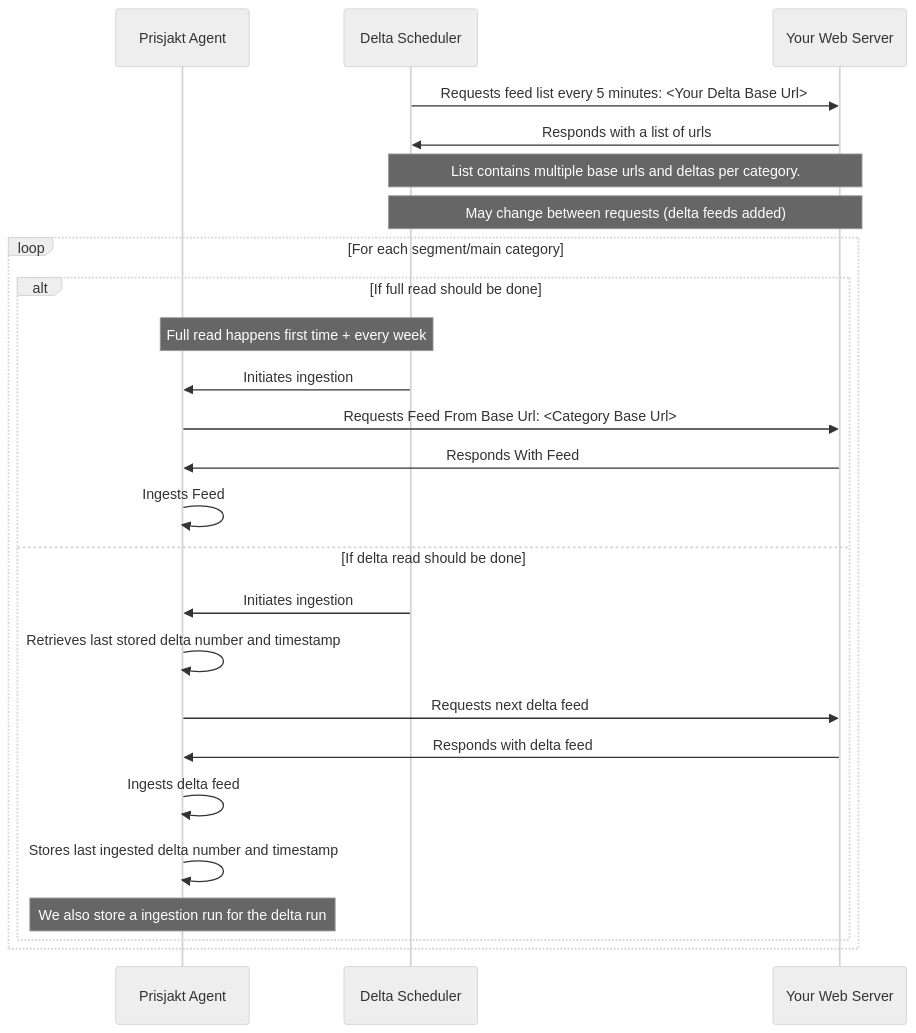
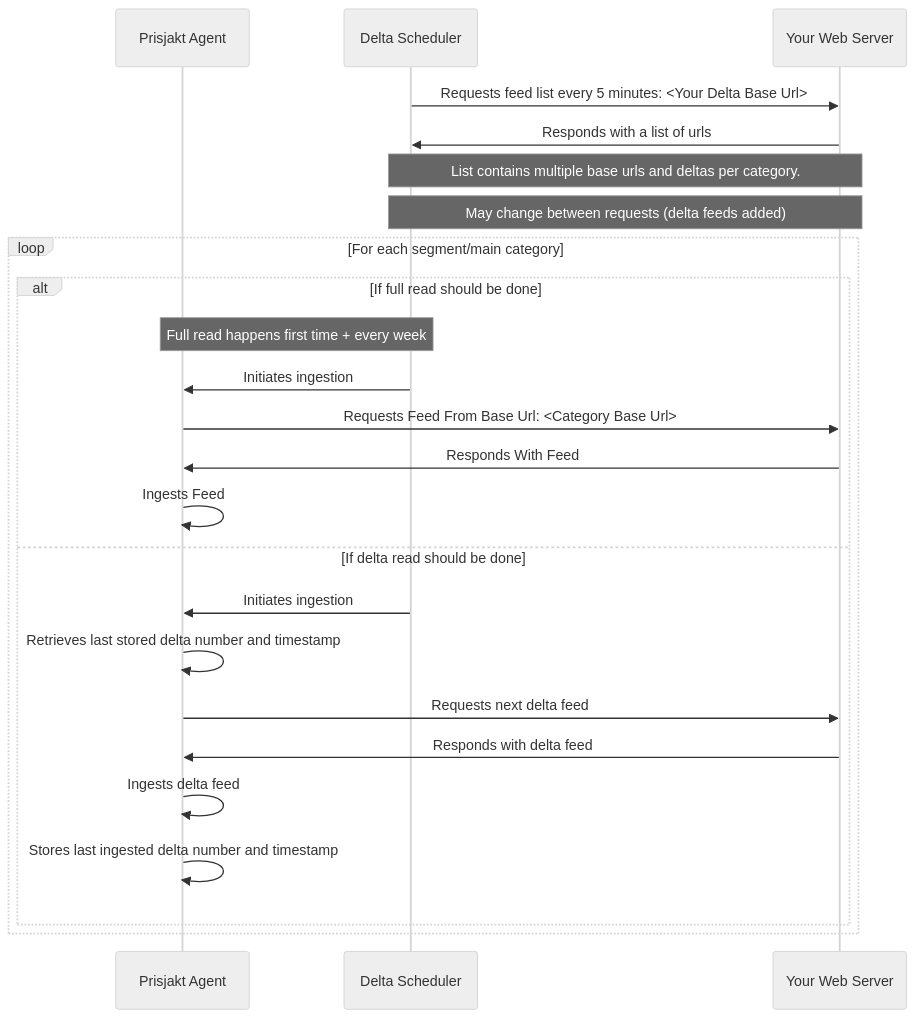
Before and after one commit to Prisjakt/feed-specification: the diagram in docs/types-of-feeds/pull/delta-feeds.md, drawn with Mermaid. The commit also changed other lines of this file and 9 other files, not shown here.

````diff
--- a/docs/types-of-feeds/pull/delta-feeds.md
+++ b/docs/types-of-feeds/pull/delta-feeds.md
@@ -22,30 +24,29 @@
 ```mermaid
 %%{init: {'theme':'neutral'}}%%
 sequenceDiagram
     participant A as Prisjakt Agent
     participant S as Delta Scheduler
     participant F as Your Web Server
 
     S->>F: Requests feed list every 5 minutes: <Your Delta Base Url>
     F->>S: Responds with a list of urls 
     note over F,S: List contains multiple base urls and deltas per category. 
     note over F,S: May change between requests (delta feeds added)
 
     loop For each segment/main category
         alt If full read should be done
             note over S,A: Full read happens first time + every week
             S->>A: Initiates ingestion
             A->>F: Requests Feed From Base Url: <Category Base Url>
             F->>A: Responds With Feed
             A->>A: Ingests Feed
         else If delta read should be done
             S->>A: Initiates ingestion
             A->>A: Retrieves last stored delta number and timestamp
             A->>F: Requests next delta feed
             F->>A: Responds with delta feed
             A->>A: Ingests delta feed
             A->>A: Stores last ingested delta number and timestamp
-            note over A: We also store a ingestion run for the delta run
         end
     end
 ```
````
